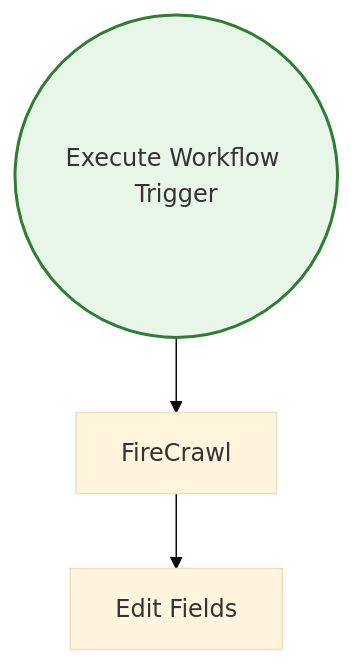
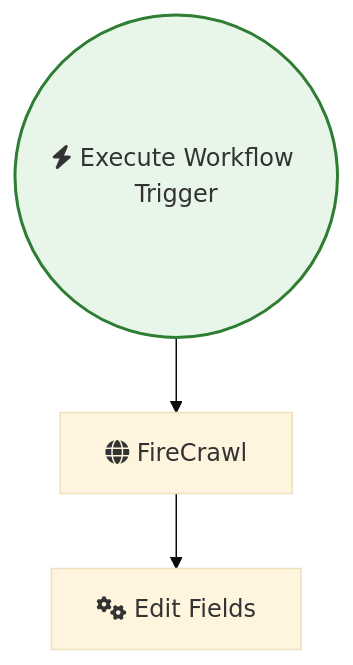
One commit to sreyash3105/N8N-DEMO-AUTOMATIONS changed the diagram in Other_Integrations_and_Use_Cases/Get a Web Page.md. Above: the diagram before and after it, drawn with Mermaid (base theme). The commit also changed 291 other files, not shown here.

````diff
--- a/Other_Integrations_and_Use_Cases/Get a Web Page.md
+++ b/Other_Integrations_and_Use_Cases/Get a Web Page.md
@@ -1,13 +1,13 @@
 ```mermaid
 graph TD
     classDef trigger fill:#e8f5e9,stroke:#2e7d32,stroke-width:2px;
     classDef ai fill:#e3f2fd,stroke:#1565c0,stroke-width:2px;
     classDef logic fill:#fff3e0,stroke:#ef6c00,stroke-width:2px;
 
-    Execute_Workflow_Trigger(("Execute Workflow Trigger")):::trigger
-    FireCrawl["FireCrawl"]
-    Edit_Fields["Edit Fields"]
+    Execute_Workflow_Trigger(("fas:fa-bolt Execute Workflow Trigger")):::trigger
+    FireCrawl["fas:fa-globe FireCrawl"]
+    Edit_Fields["fas:fa-cogs Edit Fields"]
 
     FireCrawl --> Edit_Fields
     Execute_Workflow_Trigger --> FireCrawl
 ```
````
